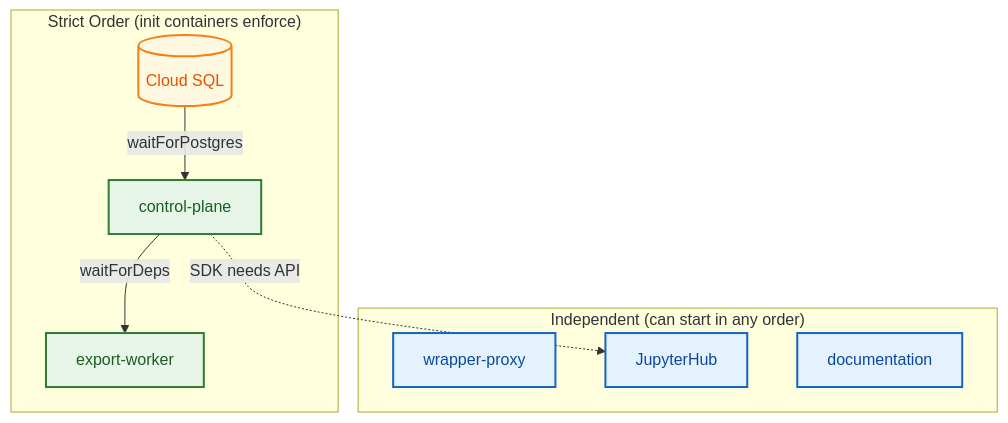
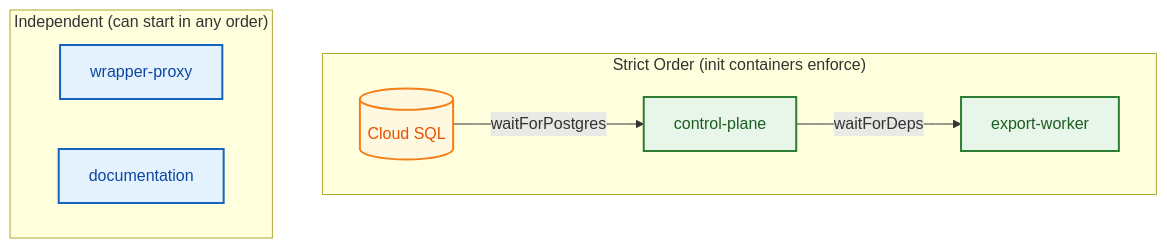
The third of 3 diagrams in documentation/src/content/docs/operations/service-catalogue-manual.md (b4uharsha/newgraph), drawn with Mermaid before and after one commit. The commit also changed other lines of this file and 88 other files, not shown here.

````diff
--- a/documentation/src/content/docs/operations/service-catalogue-manual.md
+++ b/documentation/src/content/docs/operations/service-catalogue-manual.md
@@ -616,22 +559,19 @@
 ```mermaid
 flowchart TD
     accTitle: Service Startup Order
     accDescr: Strict boot dependencies and independently startable services
 
     classDef data fill:#FFF8E1,stroke:#F57F17,stroke-width:2px,color:#E65100
     classDef service fill:#E8F5E9,stroke:#2E7D32,stroke-width:2px,color:#1B5E20
     classDef independent fill:#E3F2FD,stroke:#1565C0,stroke-width:2px,color:#0D47A1
 
     subgraph ordered ["Strict Order (init containers enforce)"]
         SQL[(Cloud SQL)]:::data -->|waitForPostgres| CP[control-plane]:::service
         CP -->|waitForDeps| EW[export-worker]:::service
     end
 
     subgraph parallel ["Independent (can start in any order)"]
         WPX[wrapper-proxy]:::independent
-        JH[JupyterHub]:::independent
         DOCS[documentation]:::independent
     end
-
-    CP -.->|SDK needs API| JH
 ```
````
